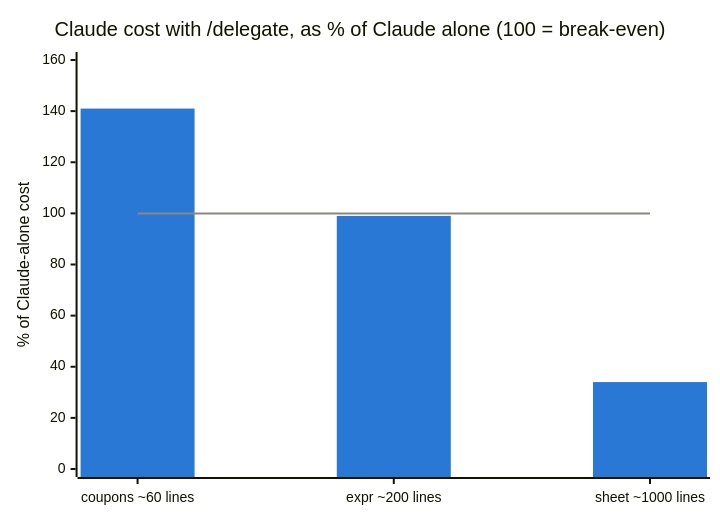
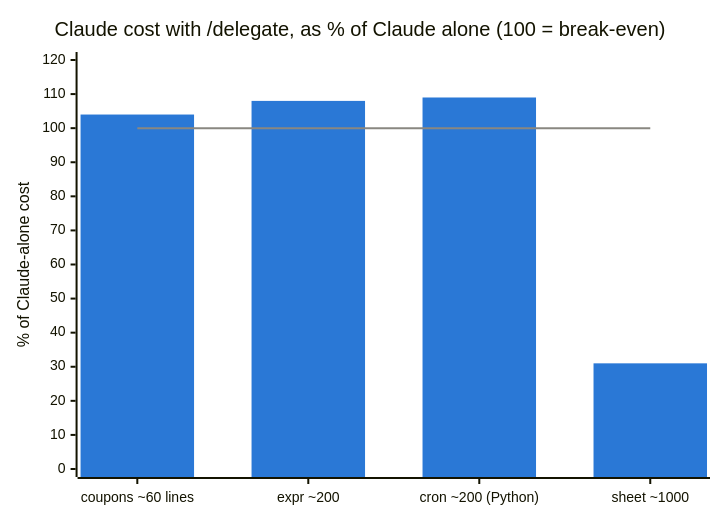
The seventh of 7 diagrams in README.md (gaztrabisme/claude-subagent-delegation), drawn with Mermaid before and after one commit. The commit also changed other lines of this file and 12 other files, not shown here.

````diff
--- a/README.md
+++ b/README.md
@@ -289,14 +446,14 @@
 ```mermaid
 ---
 config:
   themeVariables:
     xyChart:
       plotColorPalette: "#2a78d6, #898781"
 ---
 xychart-beta
     title "Claude cost with /delegate, as % of Claude alone (100 = break-even)"
-    x-axis ["coupons ~60 lines", "expr ~200 lines", "sheet ~1000 lines"]
-    y-axis "% of Claude-alone cost" 0 --> 160
-    bar [141, 99, 34]
-    line [100, 100, 100]
+    x-axis ["coupons ~60 lines", "expr ~200", "cron ~200 (Python)", "sheet ~1000"]
+    y-axis "% of Claude-alone cost" 0 --> 120
+    bar [104, 108, 109, 31]
+    line [100, 100, 100, 100]
 ```
````
